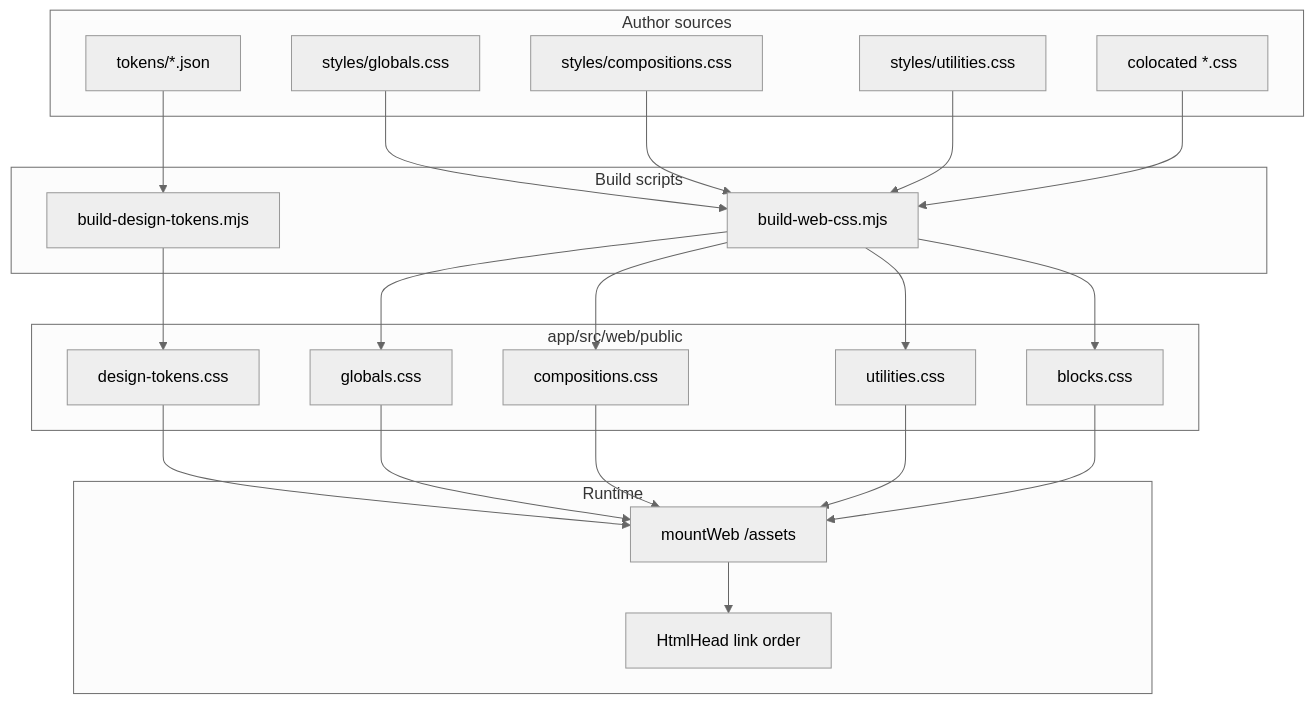
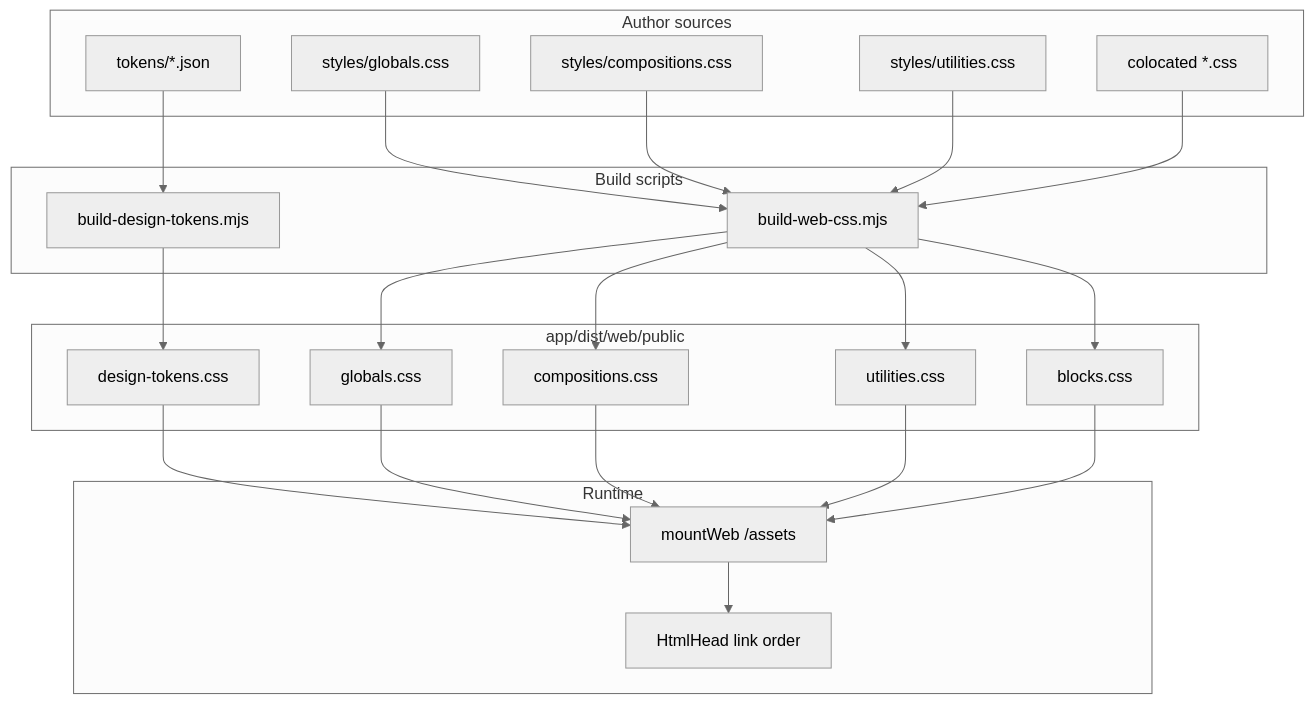
One commit to Off-Nominal/ndb2 changed the diagram in .cursor/skills/css-build/SKILL.md. Above: the diagram before and after it, drawn with Mermaid (neutral theme). The commit also changed other lines of this file and 22 other files, not shown here.

````diff
--- a/.cursor/skills/css-build/SKILL.md
+++ b/.cursor/skills/css-build/SKILL.md
@@ -14,36 +14,36 @@
 ```mermaid
 flowchart TB
   subgraph sources [Author sources]
     TJ[tokens/*.json]
     SG[styles/globals.css]
     SC[styles/compositions.css]
     SU[styles/utilities.css]
     BC[colocated *.css]
   end
   subgraph scripts [Build scripts]
     BT[build-design-tokens.mjs]
     BW[build-web-css.mjs]
   end
-  subgraph public [app/src/web/public]
+  subgraph distPublic [app/dist/web/public]
     PT[design-tokens.css]
     PG[globals.css]
     PC[compositions.css]
     PU[utilities.css]
     PB[blocks.css]
   end
   TJ --> BT --> PT
   SG --> BW --> PG
   SC --> BW --> PC
   SU --> BW --> PU
   BC --> BW --> PB
   subgraph runtime [Runtime]
     MW[mountWeb /assets]
     HH[HtmlHead link order]
   end
   PT --> MW
   PG --> MW
   PC --> MW
   PU --> MW
   PB --> MW
   MW --> HH
 ```
````
